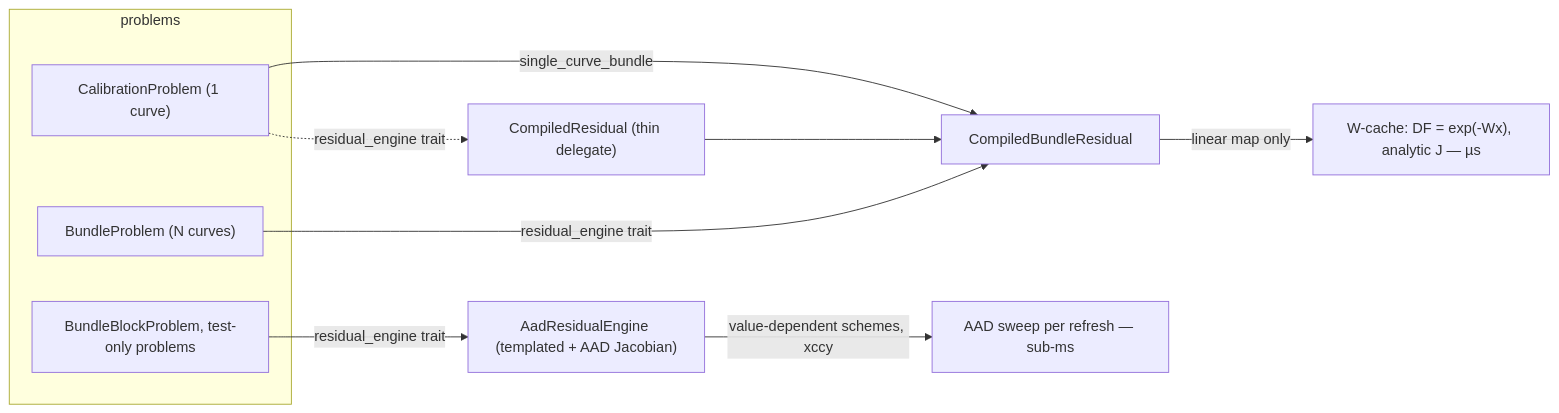
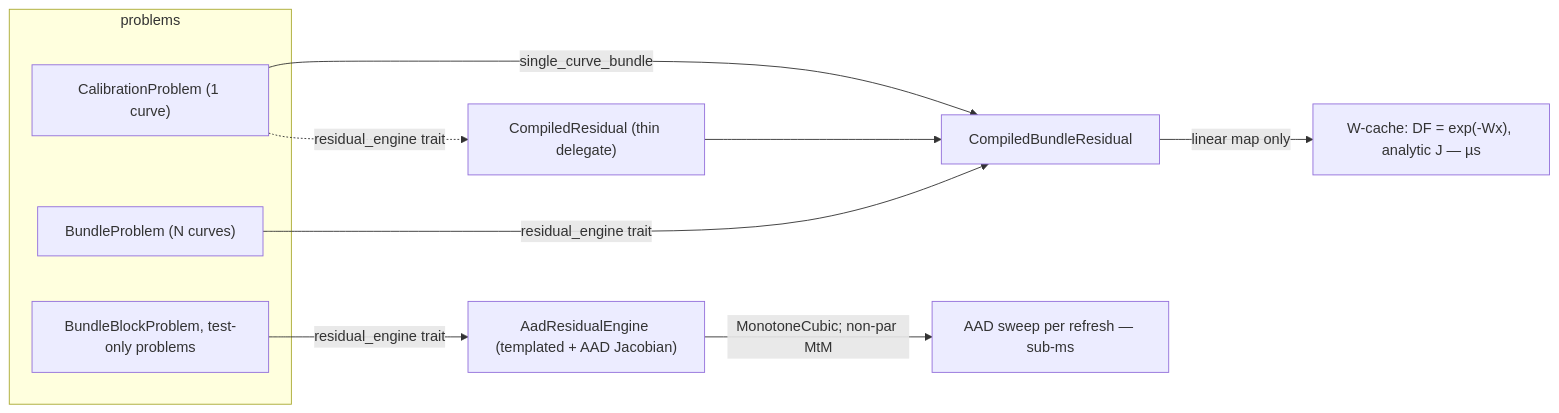
The second of 2 diagrams in ARCHITECTURE.md (kbro123/SwapEngine), drawn with Mermaid before and after one commit. The commit also changed other lines of this file and 4 other files, not shown here.

````diff
--- a/ARCHITECTURE.md
+++ b/ARCHITECTURE.md
@@ -58,15 +58,15 @@
 ```mermaid
 graph LR
     subgraph problems
       CP["CalibrationProblem (1 curve)"]
       BP["BundleProblem (N curves)"]
       OTHER["BundleBlockProblem, test-only problems"]
     end
     CP -->|single_curve_bundle| CBR
     CP -.->|residual_engine trait| CR["CompiledResidual (thin delegate)"]
     CR --> CBR["CompiledBundleResidual"]
     BP -->|residual_engine trait| CBR
     OTHER -->|residual_engine trait| AAD["AadResidualEngine (templated + AAD Jacobian)"]
     CBR -->|"linear map only"| WCACHE["W-cache: DF = exp(-Wx), analytic J — µs"]
-    AAD -->|"value-dependent schemes, xccy"| AADPATH["AAD sweep per refresh — sub-ms"]
+    AAD -->|"MonotoneCubic; non-par MtM"| AADPATH["AAD sweep per refresh — sub-ms"]
 ```
````
